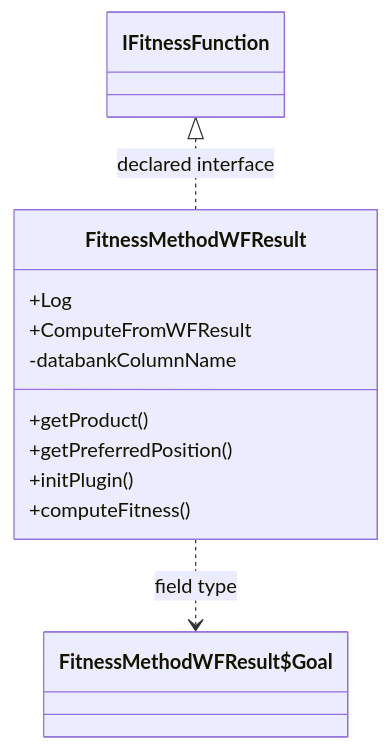
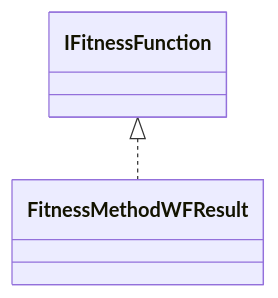
Before and after one commit to haruperi/HaruQuantAI: the diagram in docs/sqx/Shared/FitnessMethodWFResult.md, drawn with Mermaid. The commit also changed other lines of this file and 1688 other files, not shown here.

````diff
--- a/docs/sqx/Shared/FitnessMethodWFResult.md
+++ b/docs/sqx/Shared/FitnessMethodWFResult.md
@@ -30,16 +26,6 @@
 ```mermaid
 classDiagram
-    class Cadff3e520e90["FitnessMethodWFResult"] {
-        +Log
-        +ComputeFromWFResult
-        -databankColumnName
-        +getProduct()
-        +getPreferredPosition()
-        +initPlugin()
-        +computeFitness()
-    }
-    class Cf6aa20b342be["FitnessMethodWFResult$Goal"]
-    class C76653c322567["IFitnessFunction"]
-    C76653c322567 <|.. Cadff3e520e90 : declared interface
-    Cadff3e520e90 ..> Cf6aa20b342be : field type
+    class C0["FitnessMethodWFResult"]
+    class E0["IFitnessFunction"]
+    E0 <|.. C0
 ```
````
